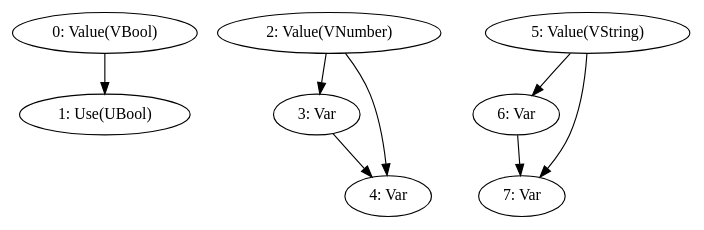
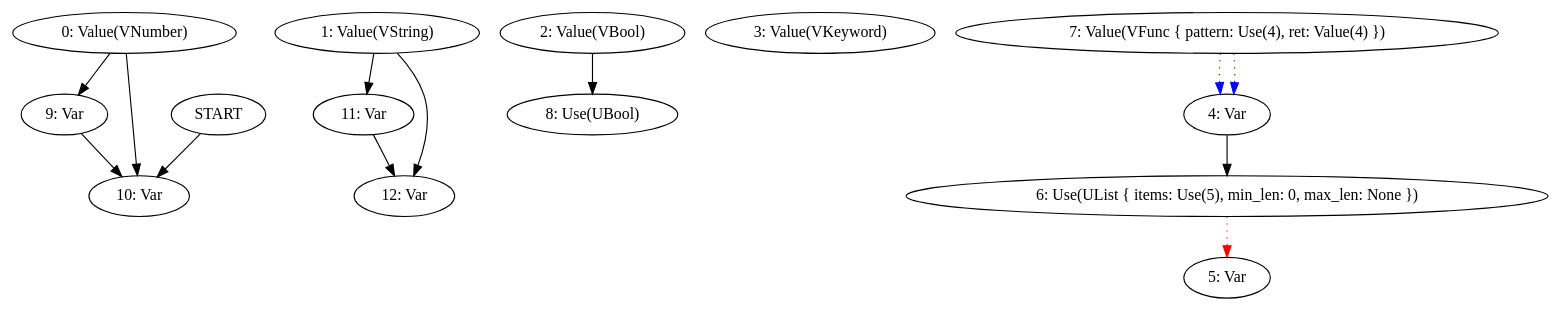
The second of 2 diagrams in docs/log/2025-06-16.md (frondeus/project-s), drawn with Graphviz before and after one commit. The commit also changed other lines of this file and 9 other files, not shown here.

````diff
--- a/docs/log/2025-06-16.md
+++ b/docs/log/2025-06-16.md
@@ -49,20 +60,30 @@
 ```graphviz
 digraph G {
-N0 [label="0: Value(VBool)"];
-N1 [label="1: Use(UBool)"];
-N2 [label="2: Value(VNumber)"];
-N3 [label="3: Var"];
+N0 [label="0: Value(VNumber)"];
+N1 [label="1: Value(VString)"];
+N2 [label="2: Value(VBool)"];
+N3 [label="3: Value(VKeyword)"];
 N4 [label="4: Var"];
-N5 [label="5: Value(VString)"];
-N6 [label="6: Var"];
-N7 [label="7: Var"];
-N0 -> N1;
-N2 -> N3;
-N2 -> N4;
-N3 -> N4;
-N5 -> N6;
-N5 -> N7;
-N6 -> N7;
+N5 [label="5: Var"];
+N6 [label="6: Use(UList { items: Use(5), min_len: 0, max_len: None })"];
+N7 [label="7: Value(VFunc { pattern: Use(4), ret: Value(4) })"];
+N8 [label="8: Use(UBool)"];
+N9 [label="9: Var"];
+N10 [label="10: Var"];
+N11 [label="11: Var"];
+N12 [label="12: Var"];
+START -> N10
+N6 -> N5 [color=red, style=dotted];
+N7 -> N4 [color=blue, style=dotted];
+N7 -> N4 [color=blue, style=dotted];
+N0 -> N9;
+N0 -> N10;
+N1 -> N11;
+N1 -> N12;
+N2 -> N8;
+N4 -> N6;
+N9 -> N10;
+N11 -> N12;
 }
 
 ```
````
